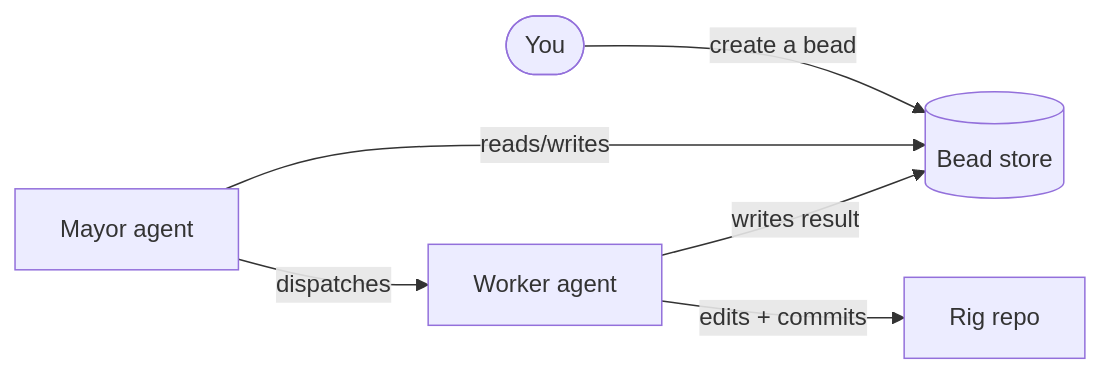
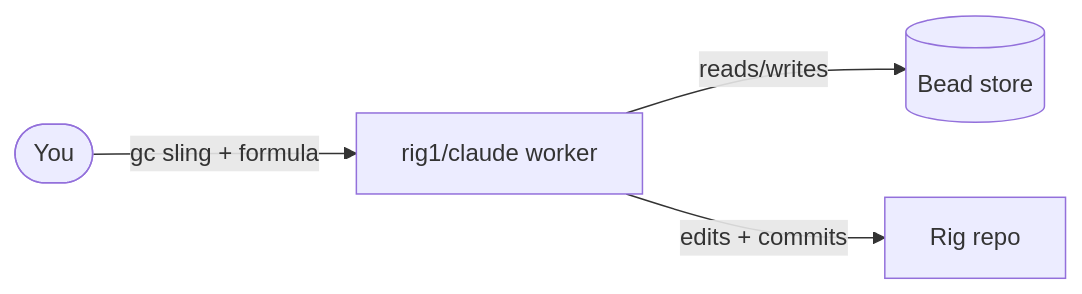
The first of 3 diagrams in docs/GETTING-STARTED.md (lago-morph/software-factory-prototype), drawn with Mermaid before and after one commit. The commit also changed other lines of this file and 2 other files, not shown here.

First line of the commit message:
Docs: teach the verified human-driven sling flow (mayor does NOT auto-dispatch)

````diff
--- a/docs/GETTING-STARTED.md
+++ b/docs/GETTING-STARTED.md
@@ -19,8 +19,6 @@
 ```mermaid
 flowchart LR
-  you([You]) -->|create a bead| store[(Bead store)]
-  mayor[Mayor agent] -->|reads/writes| store
-  mayor -->|dispatches| worker[Worker agent]
+  you([You]) -->|gc sling + formula| worker[rig1/claude worker]
+  worker -->|reads/writes| store[(Bead store)]
   worker -->|edits + commits| rig[Rig repo]
-  worker -->|writes result| store
 ```
````
